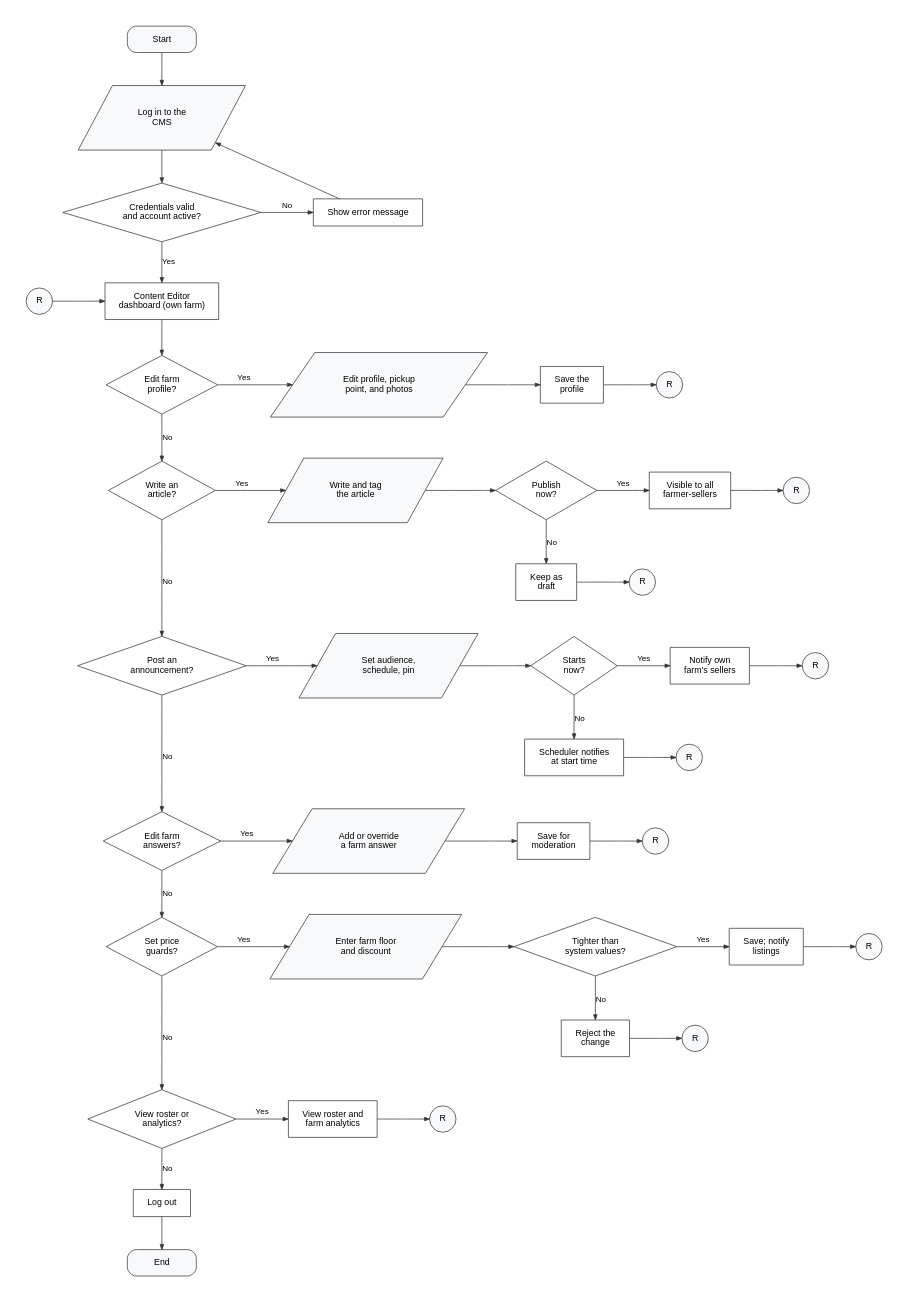
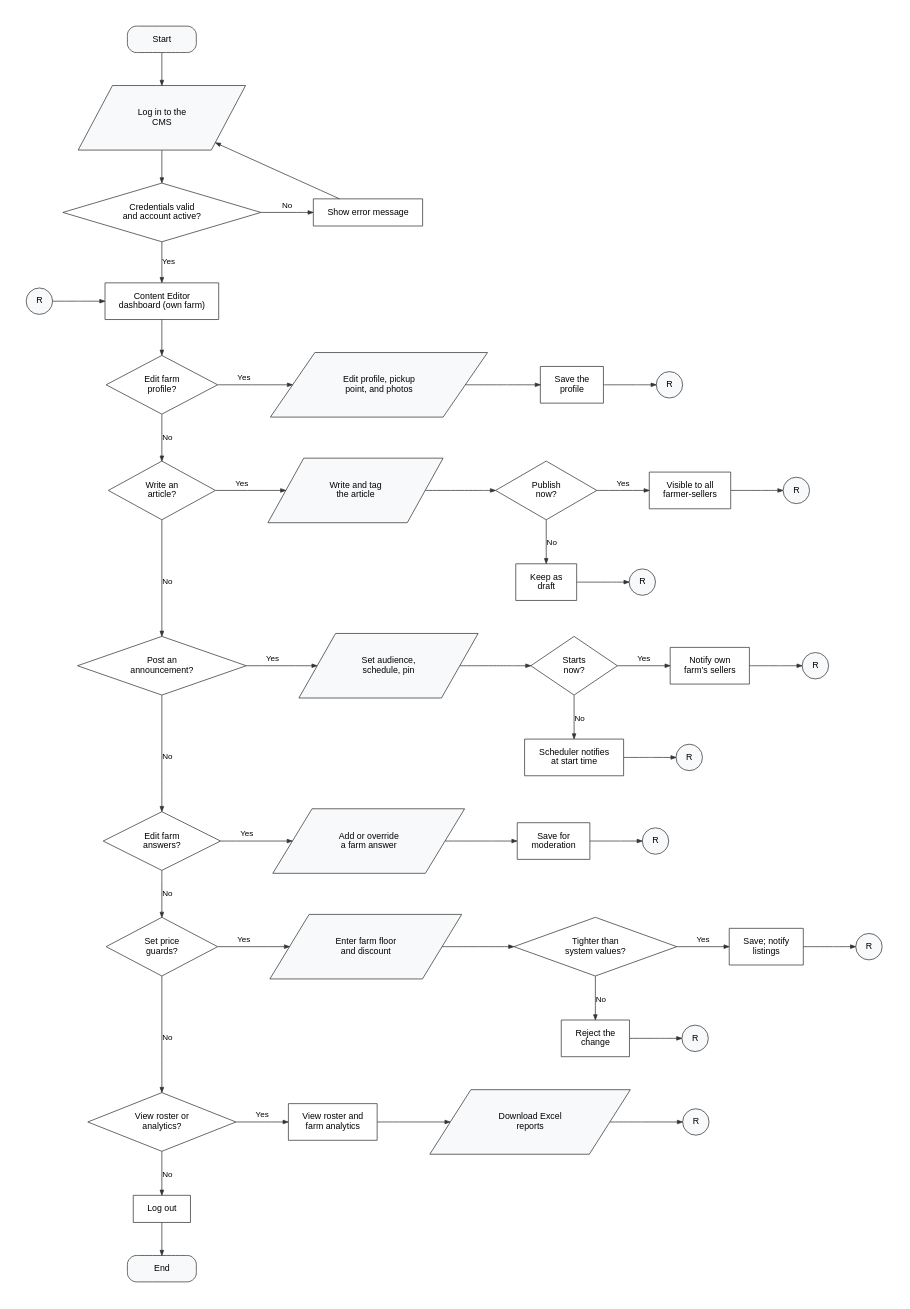
Before and after one commit to shawncastaneda11-commits/anihow-backend: the diagram in docs/manuscript/figures/src/fig5c_flow_content_editor.dot, drawn with Graphviz. The commit also changed 16 other files, not shown here.

```diff
--- a/docs/manuscript/figures/src/fig5c_flow_content_editor.dot
+++ b/docs/manuscript/figures/src/fig5c_flow_content_editor.dot
@@ -1,108 +1,110 @@
 digraph G {
   graph [rankdir=TB, nodesep=0.5, ranksep=0.6, pad=0.4, fontname="Liberation Sans", newrank=true, splines=polyline, bgcolor="white"];
   node  [fontname="Liberation Sans", fontsize=12, penwidth=1, color="#333333", style=filled, fillcolor="#FFFFFF", margin="0.26,0.16"];
   edge  [penwidth=1, arrowsize=0.7, color="#333333", fontname="Liberation Sans", fontsize=11];
   s [shape=box, style="rounded,filled", fillcolor="#F8F9FA", width=1.3, height=0.5, margin="0.2,0.1", label="Start"];
   li [shape=parallelogram, fillcolor="#F8F9FA", label="Log in to the\nCMS", margin="0.30,0.12"];
   ok [shape=diamond, fillcolor="#FFFFFF", label="Credentials valid\nand account active?", margin="0.20,0.10"];
   err [shape=box, label="Show error message"];
   ain [shape=circle, width=0.5, fixedsize=true, fillcolor="#F8F9FA", label="R"];
   home [shape=box, label="Content Editor\ndashboard (own farm)"];
   lo [shape=box, label="Log out"];
   end [shape=box, style="rounded,filled", fillcolor="#F8F9FA", width=1.3, height=0.5, margin="0.2,0.1", label="End"];
   s -> li;
   li -> ok;
   ok -> err [label="No"];
   err -> li [constraint=false];
   ok -> home [label="Yes"];
   ain -> home;
   {rank=same; ok err}
   {rank=same; home ain}
   q0 [shape=diamond, fillcolor="#FFFFFF", label="Edit farm\nprofile?", margin="0.20,0.10"];
   home -> q0;
   s0_0 [shape=parallelogram, fillcolor="#F8F9FA", label="Edit profile, pickup\npoint, and photos", margin="0.30,0.12"];
   q0 -> s0_0 [label="Yes"];
   s0_1 [shape=box, label="Save the\nprofile"];
   s0_0 -> s0_1;
   r0 [shape=circle, width=0.5, fixedsize=true, fillcolor="#F8F9FA", label="R"];
   s0_1 -> r0;
   {rank=same; q0; s0_0; s0_1; r0}
   q1 [shape=diamond, fillcolor="#FFFFFF", label="Write an\narticle?", margin="0.20,0.10"];
   q0 -> q1 [label="No"];
   s1_0 [shape=parallelogram, fillcolor="#F8F9FA", label="Write and tag\nthe article", margin="0.30,0.12"];
   q1 -> s1_0 [label="Yes"];
   s1_1 [shape=diamond, fillcolor="#FFFFFF", label="Publish\nnow?", margin="0.20,0.10"];
   s1_0 -> s1_1;
   a1_1 [shape=box, label="Keep as\ndraft"];
   xa1_1 [shape=circle, width=0.5, fixedsize=true, fillcolor="#F8F9FA", label="R"];
   s1_1 -> a1_1 [label="No"];
   a1_1 -> xa1_1;
   {rank=same; a1_1; xa1_1}
   s1_2 [shape=box, label="Visible to all\nfarmer-sellers"];
   s1_1 -> s1_2 [label="Yes"];
   r1 [shape=circle, width=0.5, fixedsize=true, fillcolor="#F8F9FA", label="R"];
   s1_2 -> r1;
   {rank=same; q1; s1_0; s1_1; s1_2; r1}
   q2 [shape=diamond, fillcolor="#FFFFFF", label="Post an\nannouncement?", margin="0.20,0.10"];
   q1 -> q2 [label="No", minlen=2];
   s2_0 [shape=parallelogram, fillcolor="#F8F9FA", label="Set audience,\nschedule, pin", margin="0.30,0.12"];
   q2 -> s2_0 [label="Yes"];
   s2_1 [shape=diamond, fillcolor="#FFFFFF", label="Starts\nnow?", margin="0.20,0.10"];
   s2_0 -> s2_1;
   a2_1 [shape=box, label="Scheduler notifies\nat start time"];
   xa2_1 [shape=circle, width=0.5, fixedsize=true, fillcolor="#F8F9FA", label="R"];
   s2_1 -> a2_1 [label="No"];
   a2_1 -> xa2_1;
   {rank=same; a2_1; xa2_1}
   s2_2 [shape=box, label="Notify own\nfarm’s sellers"];
   s2_1 -> s2_2 [label="Yes"];
   r2 [shape=circle, width=0.5, fixedsize=true, fillcolor="#F8F9FA", label="R"];
   s2_2 -> r2;
   {rank=same; q2; s2_0; s2_1; s2_2; r2}
   q3 [shape=diamond, fillcolor="#FFFFFF", label="Edit farm\nanswers?", margin="0.20,0.10"];
   q2 -> q3 [label="No", minlen=2];
   s3_0 [shape=parallelogram, fillcolor="#F8F9FA", label="Add or override\na farm answer", margin="0.30,0.12"];
   q3 -> s3_0 [label="Yes"];
   s3_1 [shape=box, label="Save for\nmoderation"];
   s3_0 -> s3_1;
   r3 [shape=circle, width=0.5, fixedsize=true, fillcolor="#F8F9FA", label="R"];
   s3_1 -> r3;
   {rank=same; q3; s3_0; s3_1; r3}
   q4 [shape=diamond, fillcolor="#FFFFFF", label="Set price\nguards?", margin="0.20,0.10"];
   q3 -> q4 [label="No"];
   s4_0 [shape=parallelogram, fillcolor="#F8F9FA", label="Enter farm floor\nand discount", margin="0.30,0.12"];
   q4 -> s4_0 [label="Yes"];
   s4_1 [shape=diamond, fillcolor="#FFFFFF", label="Tighter than\nsystem values?", margin="0.20,0.10"];
   s4_0 -> s4_1;
   a4_1 [shape=box, label="Reject the\nchange"];
   xa4_1 [shape=circle, width=0.5, fixedsize=true, fillcolor="#F8F9FA", label="R"];
   s4_1 -> a4_1 [label="No"];
   a4_1 -> xa4_1;
   {rank=same; a4_1; xa4_1}
   s4_2 [shape=box, label="Save; notify\nlistings"];
   s4_1 -> s4_2 [label="Yes"];
   r4 [shape=circle, width=0.5, fixedsize=true, fillcolor="#F8F9FA", label="R"];
   s4_2 -> r4;
   {rank=same; q4; s4_0; s4_1; s4_2; r4}
   q5 [shape=diamond, fillcolor="#FFFFFF", label="View roster or\nanalytics?", margin="0.20,0.10"];
   q4 -> q5 [label="No", minlen=2];
   s5_0 [shape=box, label="View roster and\nfarm analytics"];
   q5 -> s5_0 [label="Yes"];
+  s5_1 [shape=parallelogram, fillcolor="#F8F9FA", label="Download Excel\nreports", margin="0.30,0.12"];
+  s5_0 -> s5_1;
   r5 [shape=circle, width=0.5, fixedsize=true, fillcolor="#F8F9FA", label="R"];
-  s5_0 -> r5;
-  {rank=same; q5; s5_0; r5}
+  s5_1 -> r5;
+  {rank=same; q5; s5_0; s5_1; r5}
   q5 -> lo [label="No"];
   lo -> end;
   s [group=trunk];
   li [group=trunk];
   ok [group=trunk];
   home [group=trunk];
   lo [group=trunk];
   end [group=trunk];
   q0 [group=trunk];
   q1 [group=trunk];
   q2 [group=trunk];
   q3 [group=trunk];
   q4 [group=trunk];
   q5 [group=trunk];
 }
```
